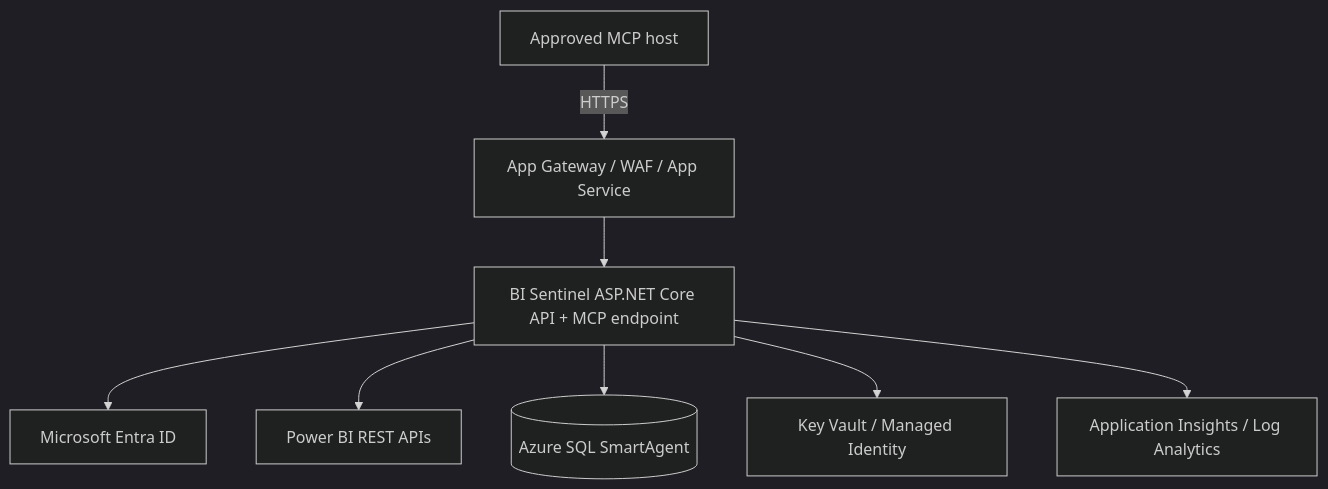
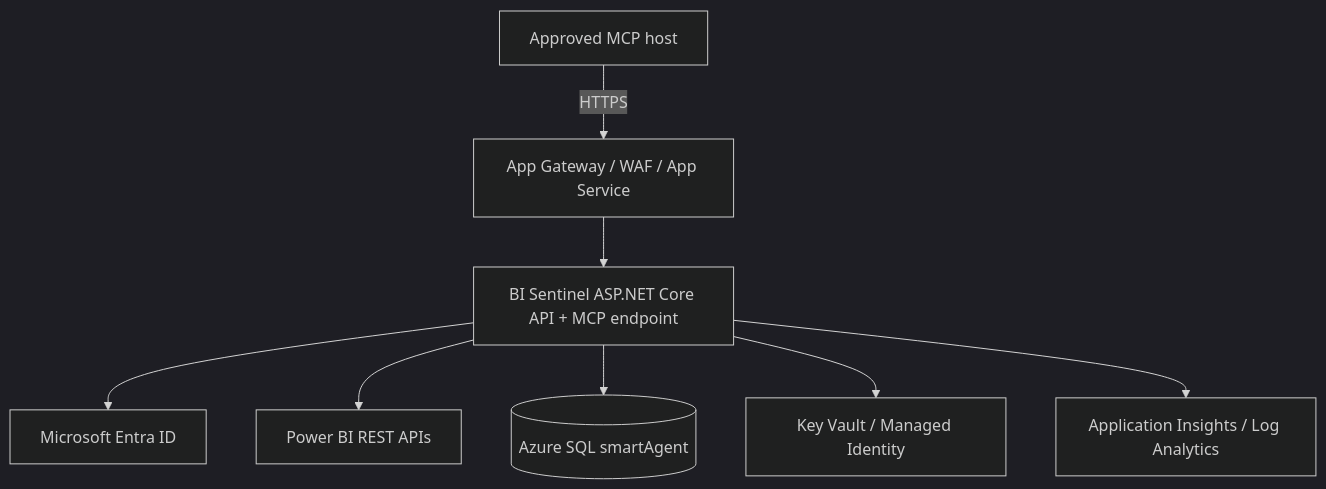
Before and after one commit to Mkatari3700/BiAgent: the fourth of 4 diagrams in docs/POWER-BI-GOVERNANCE-MCP-ARCHITECTURE.md, drawn with Mermaid (dark theme). The commit also changed other lines of this file and 14 other files, not shown here.

````diff
--- a/docs/POWER-BI-GOVERNANCE-MCP-ARCHITECTURE.md
+++ b/docs/POWER-BI-GOVERNANCE-MCP-ARCHITECTURE.md
@@ -326,10 +326,10 @@
 ```mermaid
 flowchart TB
   Client[Approved MCP host] -->|HTTPS| FrontDoor[App Gateway / WAF / App Service]
   FrontDoor --> API[BI Sentinel ASP.NET Core API + MCP endpoint]
   API --> Entra[Microsoft Entra ID]
   API --> PBI[Power BI REST APIs]
-  API --> SQL[(Azure SQL SmartAgent)]
+  API --> SQL[(Azure SQL smartAgent)]
   API --> KV[Key Vault / Managed Identity]
   API --> Monitor[Application Insights / Log Analytics]
 ```
````
